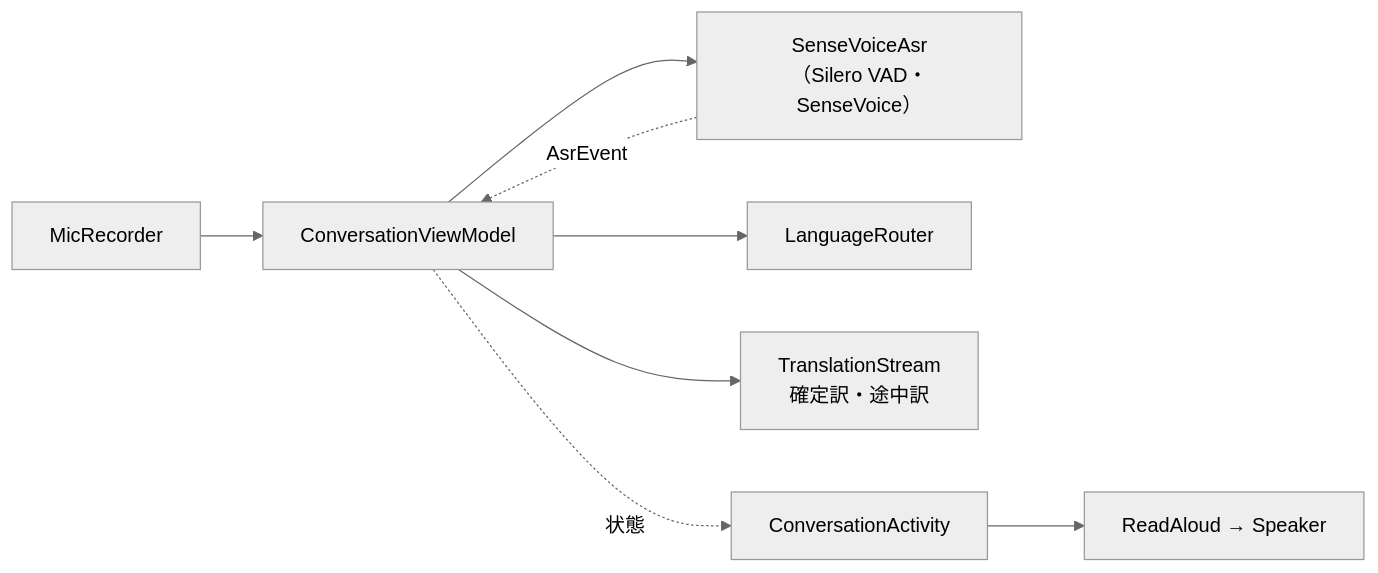
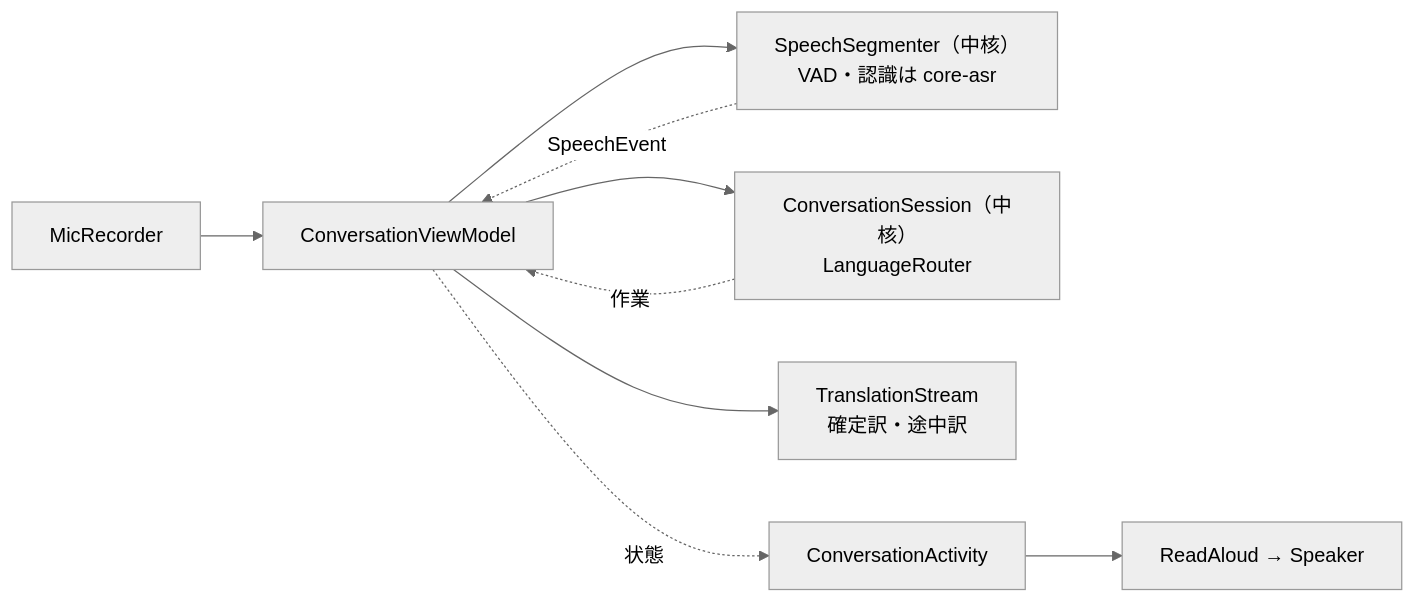
The fourth of 5 diagrams in docs/設計/アーキテクチャ.md (kagerouttepaso/PlamoTranslate), drawn with Mermaid (neutral theme) before and after one commit. The commit also changed other lines of this file and 37 other files, not shown here.

````diff
--- a/docs/設計/アーキテクチャ.md
+++ b/docs/設計/アーキテクチャ.md
@@ -250,10 +254,11 @@
 ```mermaid
 flowchart LR
   MIC["MicRecorder"] --> CVM["ConversationViewModel"]
-  CVM --> ASR["SenseVoiceAsr<br>（Silero VAD・SenseVoice）"]
-  ASR -. AsrEvent .-> CVM
-  CVM --> RT["LanguageRouter"]
+  CVM --> SEG["SpeechSegmenter（中核）<br>VAD・認識は core-asr"]
+  SEG -. SpeechEvent .-> CVM
+  CVM --> CS["ConversationSession（中核）<br>LanguageRouter"]
+  CS -. 作業 .-> CVM
   CVM --> TS["TranslationStream<br>確定訳・途中訳"]
   CVM -. 状態 .-> UI["ConversationActivity"]
   UI --> RA["ReadAloud → Speaker"]
 ```
````
